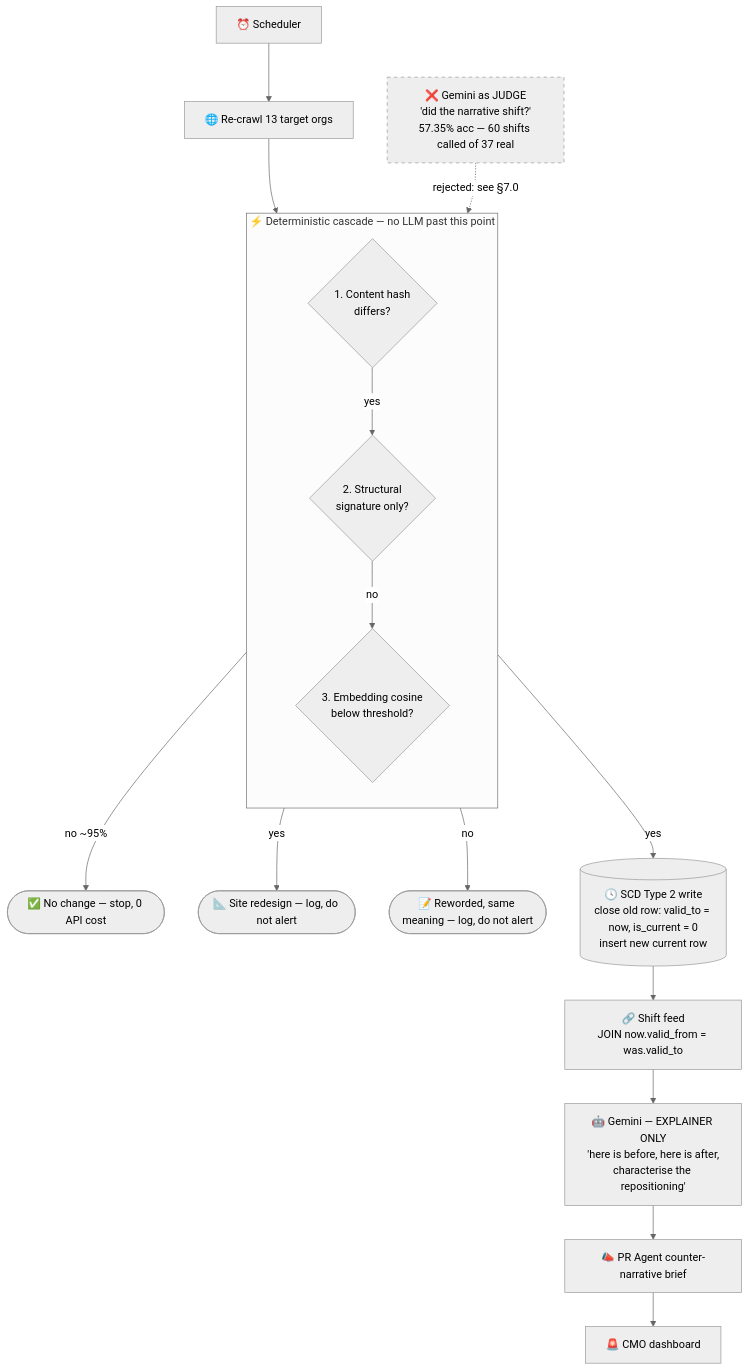
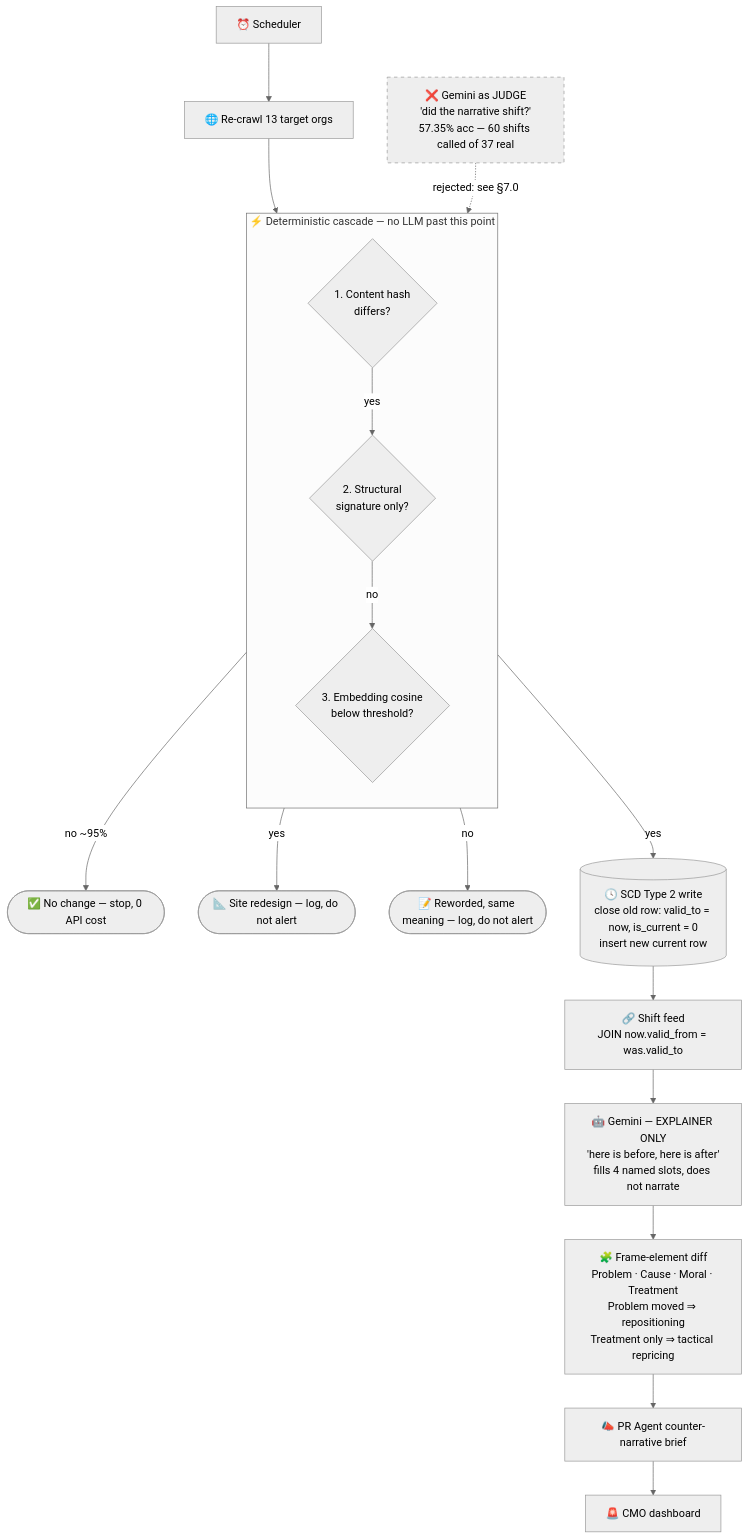
One commit to namm9an/Marketing-OS changed the seventh of 11 diagrams in docs/design_doc.md. Above: the diagram before and after it, drawn with Mermaid (neutral theme). The commit also changed other lines of this file, not shown here.

First line of the commit message:
docs(phase7): frame-element schema for the explainer — slots, not prose

````diff
--- a/docs/design_doc.md
+++ b/docs/design_doc.md
@@ -342,30 +369,31 @@
 ```mermaid
 flowchart TD
     Cron["⏰ Scheduler"] --> Fetch["🌐 Re-crawl 13 target orgs"]
 
     subgraph Cascade ["⚡ Deterministic cascade — no LLM past this point"]
         direction TB
         H{"1. Content hash<br/>differs?"}
         S{"2. Structural<br/>signature only?"}
         E{"3. Embedding cosine<br/>below threshold?"}
     end
 
     Fetch --> H
     H -->|no ~95%| Stop(["✅ No change — stop, 0 API cost"])
     H -->|yes| S
     S -->|yes| Redesign(["📐 Site redesign — log, do not alert"])
     S -->|no| E
     E -->|no| Reword(["📝 Reworded, same meaning — log, do not alert"])
 
     E -->|yes| SCD[("🕓 SCD Type 2 write<br/>close old row: valid_to = now, is_current = 0<br/>insert new current row")]
     SCD --> Feed["🔗 Shift feed<br/>JOIN now.valid_from = was.valid_to"]
 
-    Feed --> LLM["🤖 Gemini — EXPLAINER ONLY<br/>'here is before, here is after,<br/>characterise the repositioning'"]
-    LLM --> PR["📣 PR Agent counter-narrative brief"]
+    Feed --> LLM["🤖 Gemini — EXPLAINER ONLY<br/>'here is before, here is after'<br/>fills 4 named slots, does not narrate"]
+    LLM --> Frame["🧩 Frame-element diff<br/>Problem · Cause · Moral · Treatment<br/>Problem moved ⇒ repositioning<br/>Treatment only ⇒ tactical repricing"]
+    Frame --> PR["📣 PR Agent counter-narrative brief"]
     PR --> Dash["🚨 CMO dashboard"]
 
     Judge["❌ Gemini as JUDGE<br/>'did the narrative shift?'<br/>57.35% acc — 60 shifts called of 37 real"]
     Judge -.->|rejected: see §7.0| H
 
     style Judge stroke-dasharray: 5 5
 ```
````
